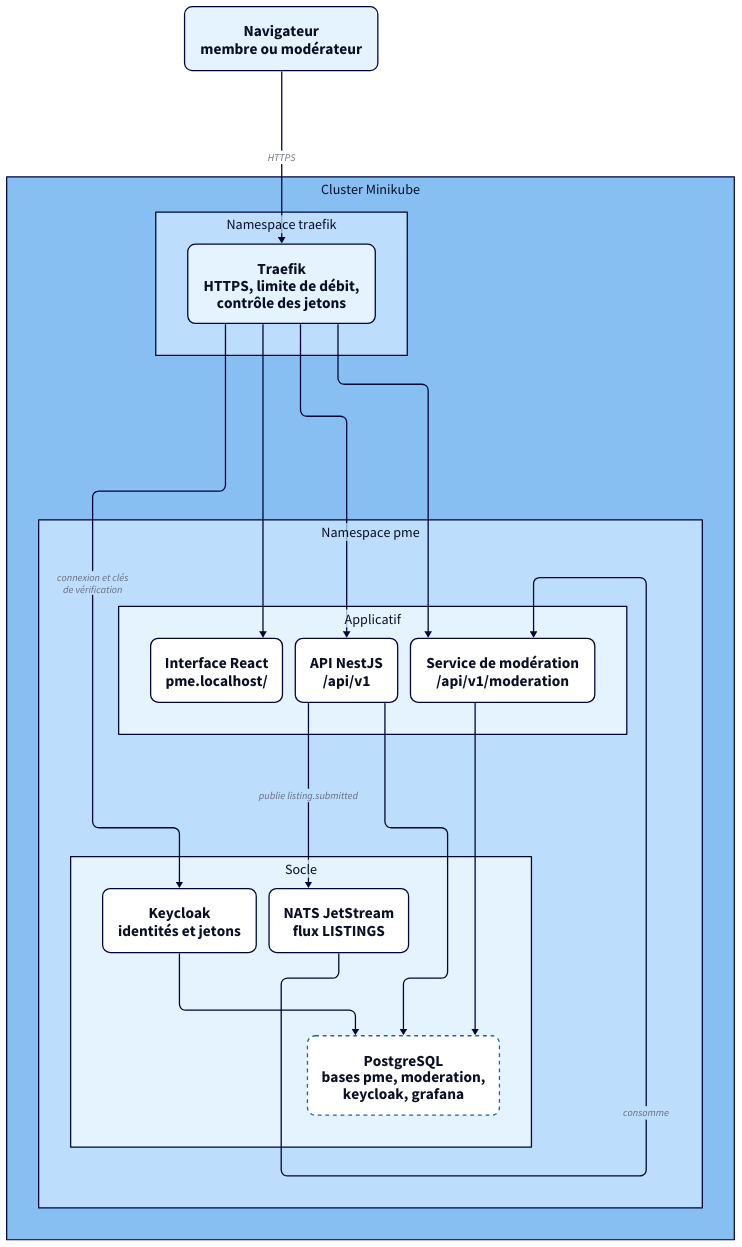
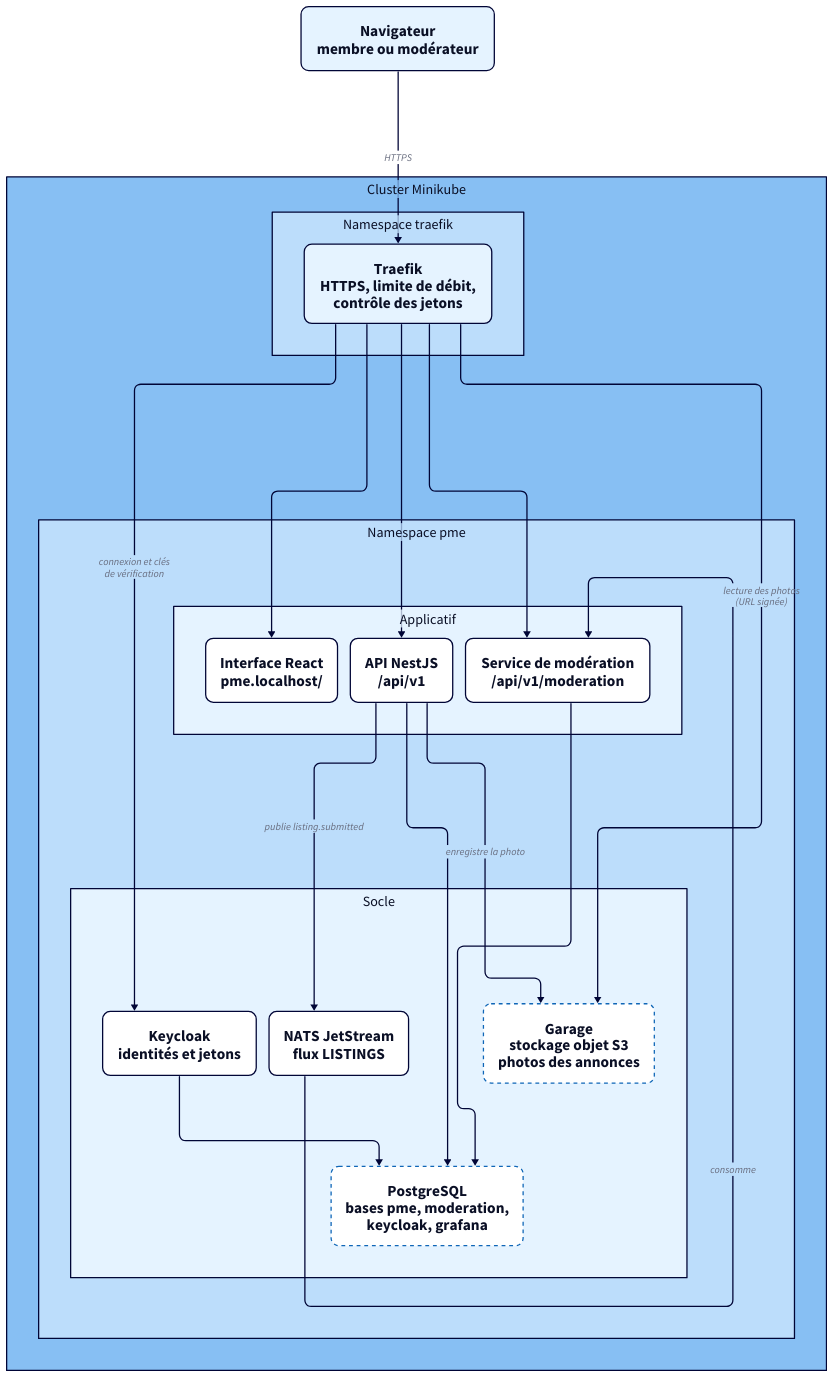
Before and after one commit to kitaah/pme: the first of 2 diagrams in docs/architecture.md, drawn with D2. The commit also changed other lines of this file and 114 other files, not shown here.

````diff
--- a/docs/architecture.md
+++ b/docs/architecture.md
@@ -55,69 +56,72 @@
 ```d2
 vars: {
   d2-config: {
     layout-engine: elk
     theme-id: 5
     pad: 8
   }
 }
 direction: down
 
 # Mise en forme commune : texte lisible à la largeur de la page, angles arrondis
 classes: {
   boite: {
     style: {
       font-size: 24
       border-radius: 12
     }
   }
   donnee: {
     style: {
       font-size: 24
       border-radius: 12
       stroke-dash: 3
     }
   }
 }
 
 navigateur: "Navigateur\nmembre ou modérateur" {class: boite}
 
 cluster: "Cluster Minikube" {
   style.font-size: 22
 
   entree: "Namespace traefik" {
     style.font-size: 22
     traefik: "Traefik\nHTTPS, limite de débit,\ncontrôle des jetons" {class: boite}
   }
 
   pme: "Namespace pme" {
     style.font-size: 22
 
     applicatif: "Applicatif" {
       style.font-size: 22
       frontend: "Interface React\npme.localhost/" {class: boite}
       api: "API NestJS\n/api/v1" {class: boite}
       moderation: "Service de modération\n/api/v1/moderation" {class: boite}
     }
 
     socle: "Socle" {
       style.font-size: 22
       keycloak: "Keycloak\nidentités et jetons" {class: boite}
       nats: "NATS JetStream\nflux LISTINGS" {class: boite}
       postgres: "PostgreSQL\nbases pme, moderation,\nkeycloak, grafana" {class: donnee}
+      garage: "Garage\nstockage objet S3\nphotos des annonces" {class: donnee}
     }
 
     applicatif.api -> socle.nats: publie listing.submitted
     socle.nats -> applicatif.moderation: consomme
     applicatif.api -> socle.postgres
+    applicatif.api -> socle.garage: enregistre la photo
     applicatif.moderation -> socle.postgres
     socle.keycloak -> socle.postgres
   }
 
   entree.traefik -> pme.applicatif.frontend
   entree.traefik -> pme.applicatif.api
   entree.traefik -> pme.applicatif.moderation
   entree.traefik -> pme.socle.keycloak: connexion et clés\nde vérification
+  entree.traefik -> pme.socle.garage: lecture des photos\n(URL signée)
 }
 
 navigateur -> cluster.entree.traefik: HTTPS
 ```
````
